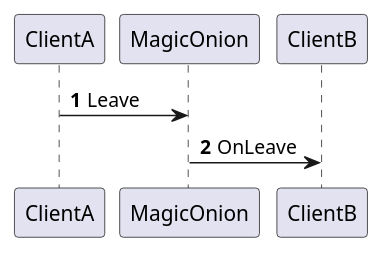
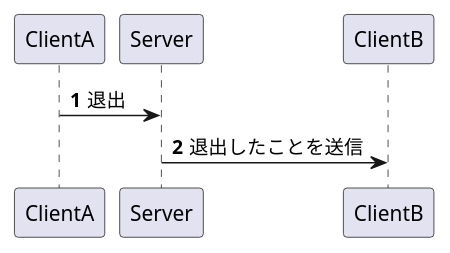
One commit to Bekomochi/RealTime-Repository changed the diagram in Admin/app/src/database/migrations/Leave_Sequence.puml. Above: the diagram before and after it, drawn with PlantUML. The commit also changed 4 other files, not shown here.

Commit message:
シーケンス図(ゲーム開始/終了)を編集、その他シーケンス図の微調整

```diff
--- a/Admin/app/src/database/migrations/Leave_Sequence.puml
+++ b/Admin/app/src/database/migrations/Leave_Sequence.puml
@@ -1,13 +1,13 @@
 @startuml
 'https://plantuml.com/sequence-diagram
 
 autonumber
 
 participant ClientA
-participant MagicOnion
+participant Server
 participant ClientB
 
-ClientA->MagicOnion:Leave
-ClientB<-MagicOnion:OnLeave
+ClientA->Server:退出
+ClientB<-Server:退出したことを送信
 
 @enduml
```
